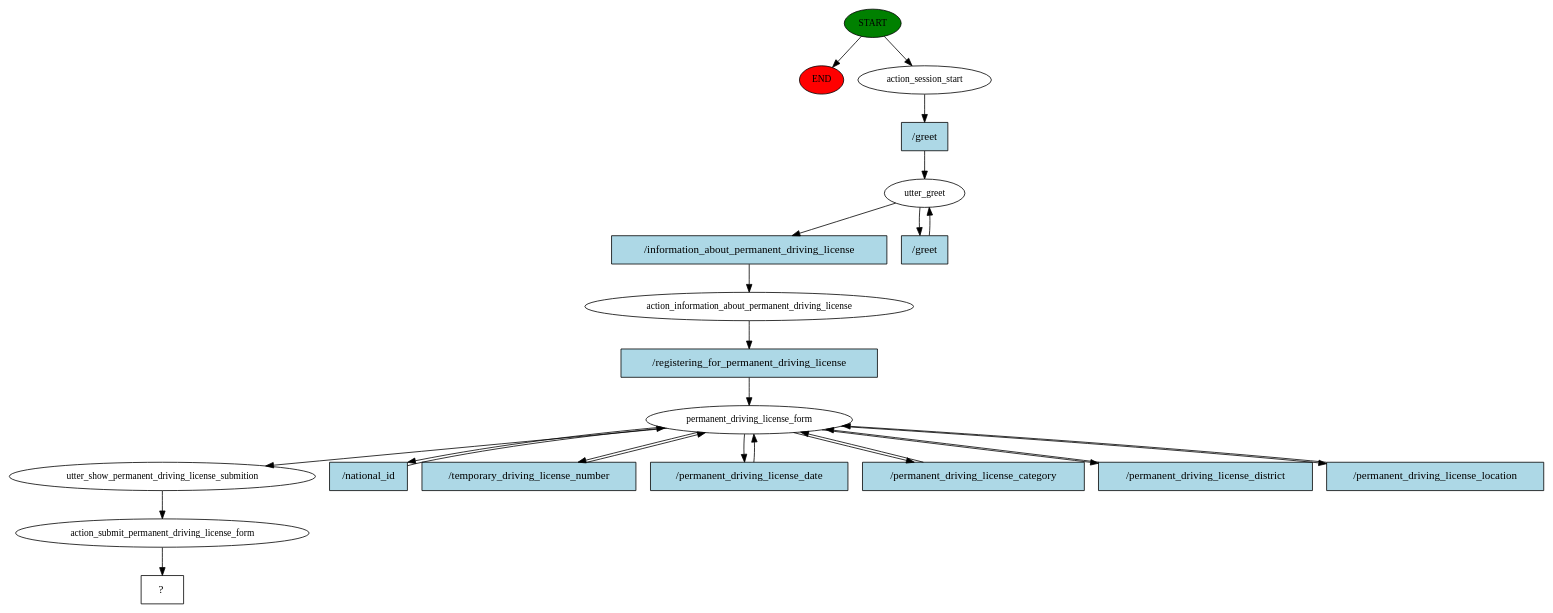
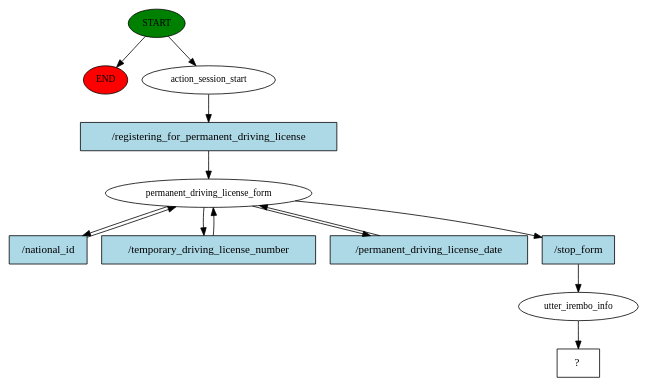
The diagram in story_graph.dot (Kira-Floris/bakame-chatbot), drawn with Graphviz before and after one commit. The commit also changed 5 other files, not shown here.

```diff
--- a/story_graph.dot
+++ b/story_graph.dot
@@ -1,46 +1,26 @@
 digraph  {
 0 [class="start active", fillcolor=green, fontsize=12, label=START, style=filled];
 "-1" [class=end, fillcolor=red, fontsize=12, label=END, style=filled];
 1 [class=active, fontsize=12, label=action_session_start];
-2 [class=active, fontsize=12, label=utter_greet];
-4 [class=active, fontsize=12, label=action_information_about_permanent_driving_license];
-5 [class=active, fontsize=12, label=permanent_driving_license_form];
-13 [class=active, fontsize=12, label=utter_show_permanent_driving_license_submition];
-14 [class=active, fontsize=12, label=action_submit_permanent_driving_license_form];
-15 [class="intent dashed active", label="  ?  ", shape=rect];
-16 [class="intent active", fillcolor=lightblue, label="/greet", shape=rect, style=filled];
-17 [class="intent active", fillcolor=lightblue, label="/information_about_permanent_driving_license", shape=rect, style=filled];
-18 [class="intent active", fillcolor=lightblue, label="/greet", shape=rect, style=filled];
-19 [class="intent active", fillcolor=lightblue, label="/registering_for_permanent_driving_license", shape=rect, style=filled];
-20 [class="intent active", fillcolor=lightblue, label="/national_id", shape=rect, style=filled];
-21 [class="intent active", fillcolor=lightblue, label="/temporary_driving_license_number", shape=rect, style=filled];
-22 [class="intent active", fillcolor=lightblue, label="/permanent_driving_license_date", shape=rect, style=filled];
-23 [class="intent active", fillcolor=lightblue, label="/permanent_driving_license_category", shape=rect, style=filled];
-24 [class="intent active", fillcolor=lightblue, label="/permanent_driving_license_district", shape=rect, style=filled];
-25 [class="intent active", fillcolor=lightblue, label="/permanent_driving_license_location", shape=rect, style=filled];
+2 [class=active, fontsize=12, label=permanent_driving_license_form];
+6 [class=active, fontsize=12, label=utter_irembo_info];
+7 [class="intent dashed active", label="  ?  ", shape=rect];
+8 [class="intent active", fillcolor=lightblue, label="/registering_for_permanent_driving_license", shape=rect, style=filled];
+9 [class="intent active", fillcolor=lightblue, label="/national_id", shape=rect, style=filled];
+10 [class="intent active", fillcolor=lightblue, label="/temporary_driving_license_number", shape=rect, style=filled];
+11 [class="intent active", fillcolor=lightblue, label="/permanent_driving_license_date", shape=rect, style=filled];
+12 [class="intent active", fillcolor=lightblue, label="/stop_form", shape=rect, style=filled];
 0 -> "-1"  [class="", key=NONE, label=""];
 0 -> 1  [class=active, key=NONE, label=""];
-1 -> 16  [class=active, key=0];
-2 -> 17  [class=active, key=0];
-2 -> 18  [class=active, key=0];
-4 -> 19  [class=active, key=0];
-5 -> 13  [class=active, key=NONE, label=""];
-5 -> 20  [class=active, key=0];
-5 -> 21  [class=active, key=0];
-5 -> 22  [class=active, key=0];
-5 -> 23  [class=active, key=0];
-5 -> 24  [class=active, key=0];
-5 -> 25  [class=active, key=0];
-13 -> 14  [class=active, key=NONE, label=""];
-14 -> 15  [class=active, key=NONE, label=""];
-16 -> 2  [class=active, key=0];
-17 -> 4  [class=active, key=0];
-18 -> 2  [class=active, key=0];
-19 -> 5  [class=active, key=0];
-20 -> 5  [class=active, key=0];
-21 -> 5  [class=active, key=0];
-22 -> 5  [class=active, key=0];
-23 -> 5  [class=active, key=0];
-24 -> 5  [class=active, key=0];
-25 -> 5  [class=active, key=0];
+1 -> 8  [class=active, key=0];
+2 -> 9  [class=active, key=0];
+2 -> 10  [class=active, key=0];
+2 -> 11  [class=active, key=0];
+2 -> 12  [class=active, key=0];
+6 -> 7  [class=active, key=NONE, label=""];
+8 -> 2  [class=active, key=0];
+9 -> 2  [class=active, key=0];
+10 -> 2  [class=active, key=0];
+11 -> 2  [class=active, key=0];
+12 -> 6  [class=active, key=0];
 }
```
